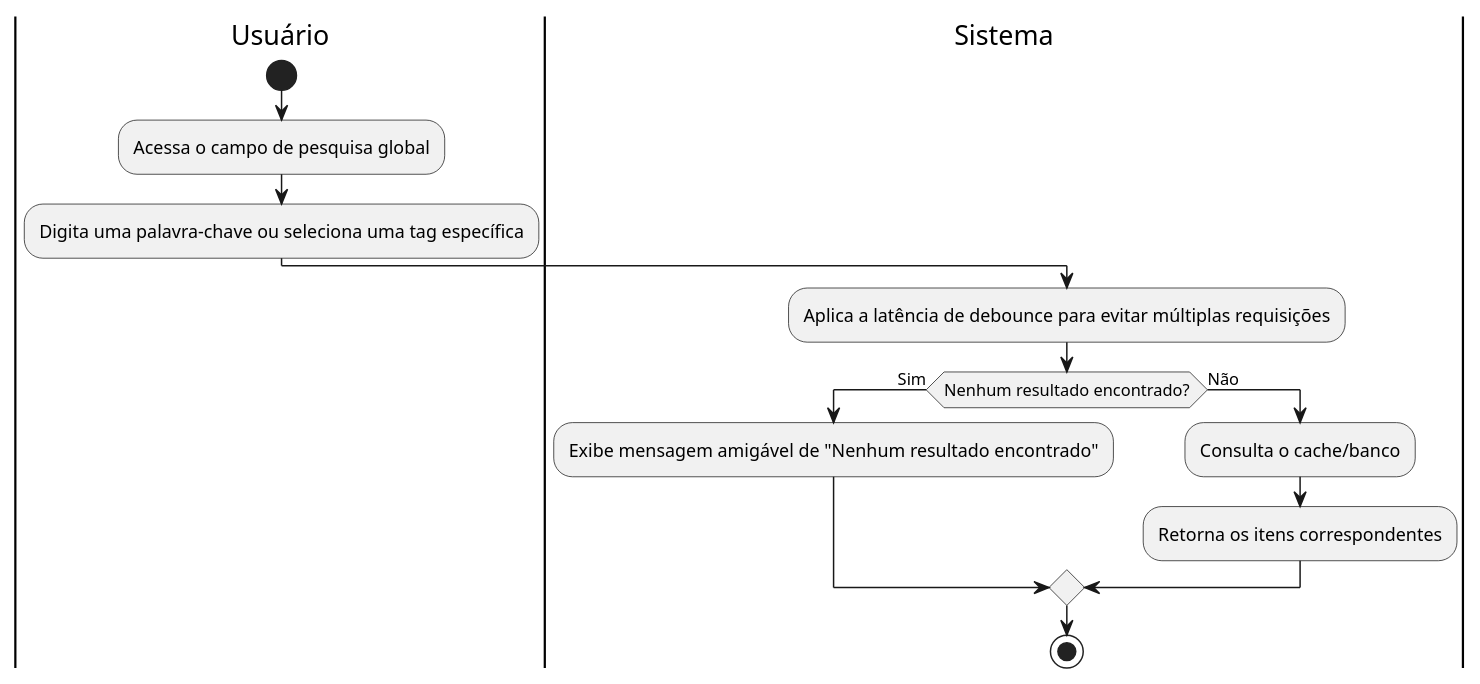
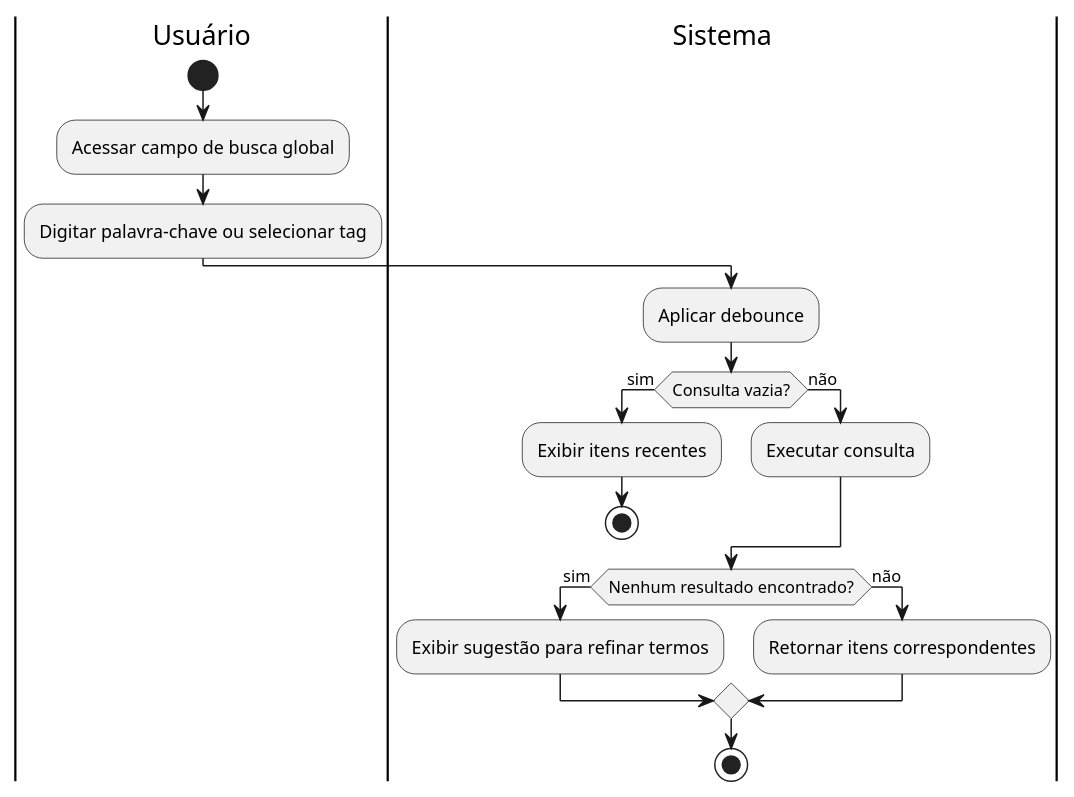
The diagram in docs/casosUso/uml/diagramas_atividade/diagrama_atividade_UC13.puml (aspiringluke/Projeto-Integrado-Mobile), drawn with PlantUML before and after one commit. The commit also changed 17 other files, not shown here.

```diff
--- a/docs/casosUso/uml/diagramas_atividade/diagrama_atividade_UC13.puml
+++ b/docs/casosUso/uml/diagramas_atividade/diagrama_atividade_UC13.puml
@@ -1,21 +1,24 @@
 @startuml diagrama_UC13
 
 |Usuário|
 start
-:Acessa o campo de pesquisa global;
-:Digita uma palavra-chave ou seleciona uma tag específica;
+:Acessar campo de busca global;
+:Digitar palavra-chave ou selecionar tag;
 
 |Sistema|
-:Aplica a latência de debounce para evitar múltiplas requisições;
+:Aplicar debounce;
+if (Consulta vazia?) then (sim)
+  :Exibir itens recentes;
+  stop
+else (não)
+  :Executar consulta;
+endif
 
-if (Nenhum resultado encontrado?) then (Sim)
-    |Sistema|
-    :Exibe mensagem amigável de "Nenhum resultado encontrado";
-else (Não)
-    |Sistema|
-    :Consulta o cache/banco;
-    :Retorna os itens correspondentes;
+if (Nenhum resultado encontrado?) then (sim)
+  :Exibir sugestão para refinar termos;
+else (não)
+  :Retornar itens correspondentes;
 endif
 
 stop
 @enduml
```
